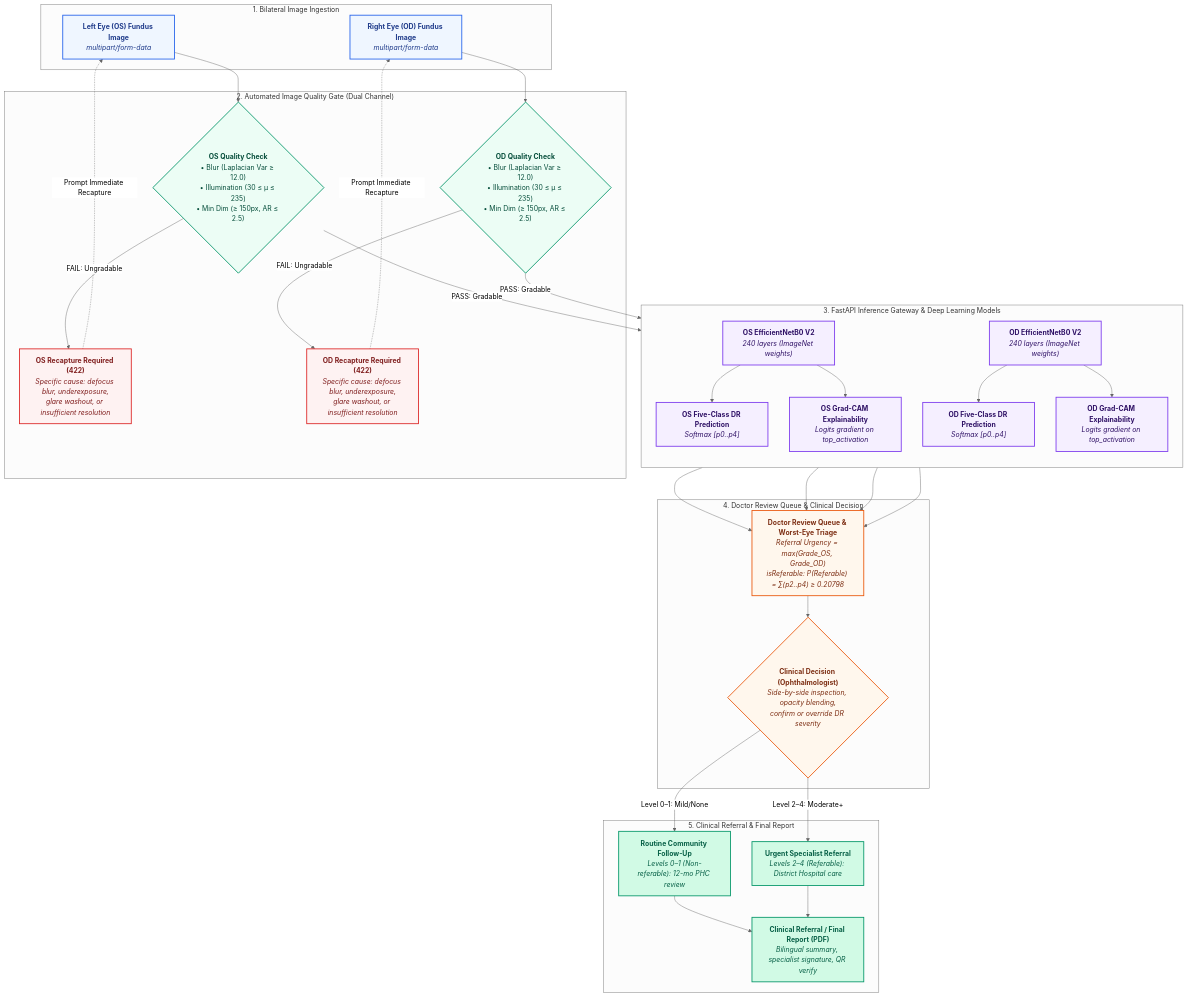
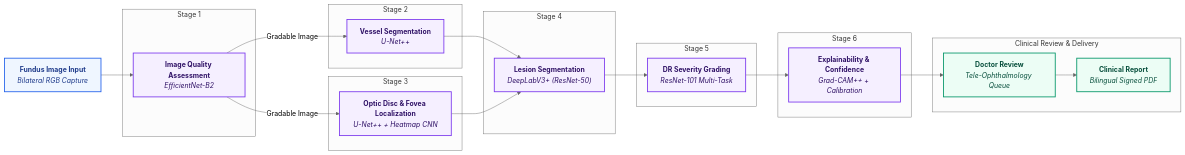
Before and after one commit to SudarshanSingh1/DR-Screening-System: the first of 3 diagrams in README.md, drawn with Mermaid (neutral theme). The commit also changed other lines of this file, not shown here.

Commit message:
Enhance performance of data retrieval functions

````diff
--- a/README.md
+++ b/README.md
@@ -123,77 +236,51 @@
 ```mermaid
-flowchart TD
-    subgraph S1 ["1. Bilateral Image Ingestion"]
-        LE_IN["<b>Left Eye (OS) Fundus Image</b><br/><i>multipart/form-data</i>"]
-        RE_IN["<b>Right Eye (OD) Fundus Image</b><br/><i>multipart/form-data</i>"]
+flowchart LR
+    IN["<b>Fundus Image Input</b><br/><i>Bilateral RGB Capture</i>"]
+    
+    subgraph S1 ["Stage 1"]
+        M1["<b>Image Quality Assessment</b><br/><i>EfficientNet-B2</i>"]
     end
 
-    subgraph S2 ["2. Automated Image Quality Gate (Dual Channel)"]
-        QG_LE{"<b>OS Quality Check</b><br/>• Blur (Laplacian Var ≥ 12.0)<br/>• Illumination (30 ≤ μ ≤ 235)<br/>• Min Dim (≥ 150px, AR ≤ 2.5)"}
-        QG_RE{"<b>OD Quality Check</b><br/>• Blur (Laplacian Var ≥ 12.0)<br/>• Illumination (30 ≤ μ ≤ 235)<br/>• Min Dim (≥ 150px, AR ≤ 2.5)"}
-        RECAP_LE["<b>OS Recapture Required (422)</b><br/><i>Specific cause: defocus blur, underexposure,<br/>glare washout, or insufficient resolution</i>"]
-        RECAP_RE["<b>OD Recapture Required (422)</b><br/><i>Specific cause: defocus blur, underexposure,<br/>glare washout, or insufficient resolution</i>"]
+    subgraph S2 ["Stage 2"]
+        M2["<b>Vessel Segmentation</b><br/><i>U-Net++</i>"]
     end
 
-    subgraph S3 ["3. FastAPI Inference Gateway & Deep Learning Models"]
-        direction TB
-        M5_LE["<b>OS EfficientNetB0 V2</b><br/><i>240 layers (ImageNet weights)</i>"]
-        M5_RE["<b>OD EfficientNetB0 V2</b><br/><i>240 layers (ImageNet weights)</i>"]
-        PRED_LE["<b>OS Five-Class DR Prediction</b><br/><i>Softmax [p0..p4]</i>"]
-        PRED_RE["<b>OD Five-Class DR Prediction</b><br/><i>Softmax [p0..p4]</i>"]
-        XAI_LE["<b>OS Grad-CAM Explainability</b><br/><i>Logits gradient on top_activation</i>"]
-        XAI_RE["<b>OD Grad-CAM Explainability</b><br/><i>Logits gradient on top_activation</i>"]
-
-        M5_LE --> PRED_LE
-        M5_LE --> XAI_LE
-        M5_RE --> PRED_RE
-        M5_RE --> XAI_RE
+    subgraph S3 ["Stage 3"]
+        M3["<b>Optic Disc & Fovea Localization</b><br/><i>U-Net++ + Heatmap CNN</i>"]
     end
 
-    subgraph S4 ["4. Doctor Review Queue & Clinical Decision"]
-        TRIAGE["<b>Doctor Review Queue & Worst-Eye Triage</b><br/><i>Referral Urgency = max(Grade_OS, Grade_OD)<br/>isReferable: P(Referable) = ∑(p2..p4) ≥ 0.20798</i>"]
-        DOC_EVAL{"<b>Clinical Decision (Ophthalmologist)</b><br/><i>Side-by-side inspection, opacity blending,<br/>confirm or override DR severity</i>"}
-        TRIAGE --> DOC_EVAL
+    subgraph S4 ["Stage 4"]
+        M4["<b>Lesion Segmentation</b><br/><i>DeepLabV3+ (ResNet-50)</i>"]
     end
 
-    subgraph S5 ["5. Clinical Referral & Final Report"]
-        ROUTINE["<b>Routine Community Follow-Up</b><br/><i>Levels 0–1 (Non-referable): 12-mo PHC review</i>"]
-        URGENT["<b>Urgent Specialist Referral</b><br/><i>Levels 2–4 (Referable): District Hospital care</i>"]
-        FINAL_REP["<b>Clinical Referral / Final Report (PDF)</b><br/><i>Bilingual summary, specialist signature, QR verify</i>"]
-
-        ROUTINE --> FINAL_REP
-        URGENT --> FINAL_REP
+    subgraph S5 ["Stage 5"]
+        M5["<b>DR Severity Grading</b><br/><i>ResNet-101 Multi-Task</i>"]
     end
 
-    LE_IN --> QG_LE
-    RE_IN --> QG_RE
+    subgraph S6 ["Stage 6"]
+        M6["<b>Explainability & Confidence</b><br/><i>Grad-CAM++ + Calibration</i>"]
+    end
 
-    QG_LE -->|FAIL: Ungradable| RECAP_LE
-    RECAP_LE -.->|Prompt Immediate Recapture| LE_IN
-    QG_LE -->|PASS: Gradable| M5_LE
+    subgraph CLINICAL ["Clinical Review & Delivery"]
+        DOC["<b>Doctor Review</b><br/><i>Tele-Ophthalmology Queue</i>"]
+        REP["<b>Clinical Report</b><br/><i>Bilingual Signed PDF</i>"]
+    end
 
-    QG_RE -->|FAIL: Ungradable| RECAP_RE
-    RECAP_RE -.->|Prompt Immediate Recapture| RE_IN
-    QG_RE -->|PASS: Gradable| M5_RE
+    IN --> M1
+    M1 -->|Gradable Image| M2
+    M1 -->|Gradable Image| M3
+    M2 --> M4
+    M3 --> M4
+    M4 --> M5
+    M5 --> M6
+    M6 --> DOC
+    DOC --> REP
 
-    PRED_LE --> TRIAGE
-    XAI_LE --> TRIAGE
-    PRED_RE --> TRIAGE
-    XAI_RE --> TRIAGE
+    classDef input fill:#eff6ff,stroke:#2563eb,stroke-width:2px,color:#1e3a8a;
+    classDef stage fill:#f5efff,stroke:#7c3aed,stroke-width:2px,color:#2e1065;
+    classDef clinical fill:#ecfdf5,stroke:#059669,stroke-width:2px,color:#064e3b;
 
-    DOC_EVAL -->|Level 0–1: Mild/None| ROUTINE
-    DOC_EVAL -->|Level 2–4: Moderate+| URGENT
-
-    classDef input stroke:#2563eb,stroke-width:2px,fill:#eff6ff,color:#1e3a8a;
-    classDef passGate stroke:#059669,stroke-width:2px,fill:#ecfdf5,color:#064e3b;
-    classDef failGate stroke:#dc2626,stroke-width:2px,fill:#fef2f2,color:#7f1d1d;
-    classDef mlEngine stroke:#7c3aed,stroke-width:2px,fill:#f5efff,color:#2e1065;
-    classDef clinical stroke:#ea580c,stroke-width:2px,fill:#fff7ed,color:#7c2d12;
-    classDef output stroke:#059669,stroke-width:2px,fill:#d1fae5,color:#065f46;
-
-    class LE_IN,RE_IN input;
-    class QG_LE,QG_RE passGate;
-    class RECAP_LE,RECAP_RE failGate;
-    class M5_LE,M5_RE,PRED_LE,PRED_RE,XAI_LE,XAI_RE mlEngine;
-    class TRIAGE,DOC_EVAL clinical;
-    class ROUTINE,URGENT,FINAL_REP output;
+    class IN input;
+    class M1,M2,M3,M4,M5,M6 stage;
+    class DOC,REP clinical;
 ```
````
